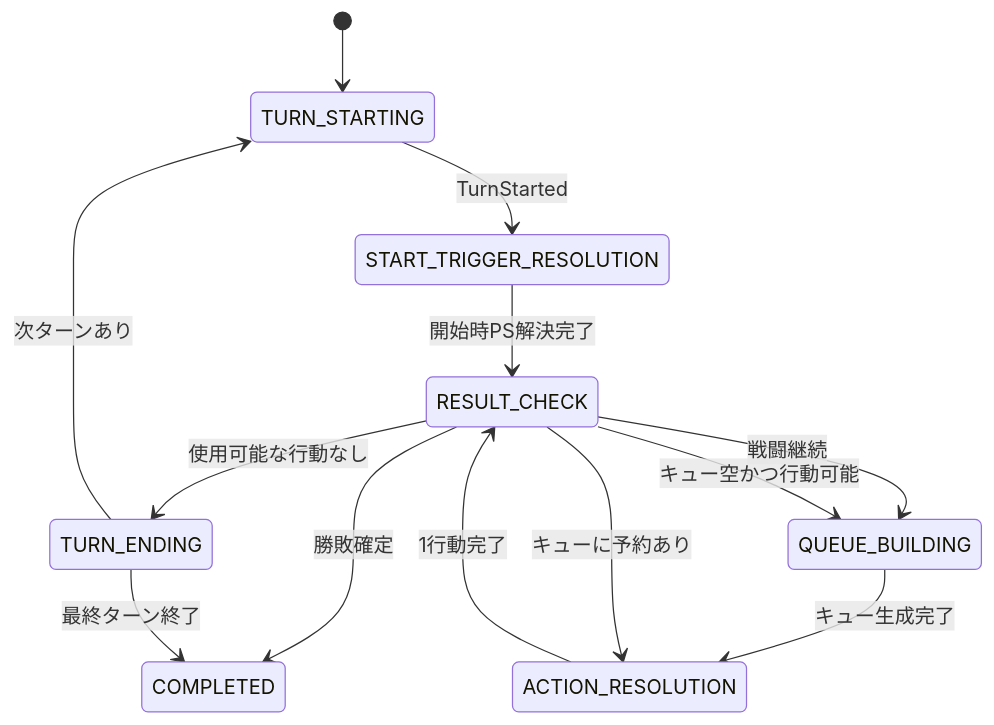
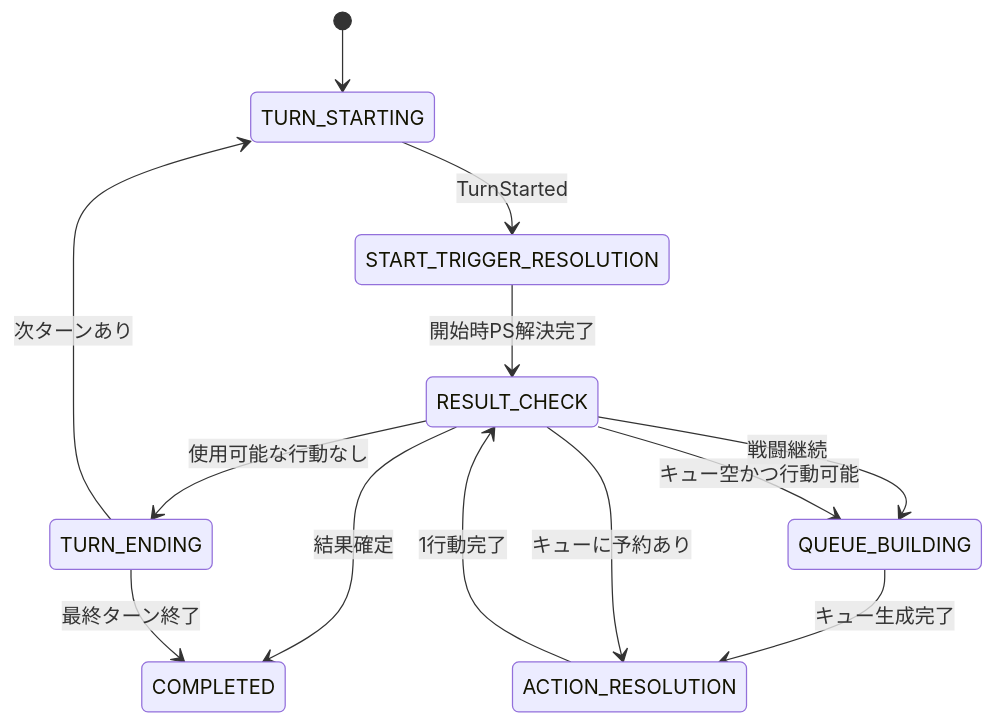
Before and after one commit to komei0727/muvluvgg_battle_simulator: the second of 10 diagrams in docs/ddd/06_戦闘状態遷移.md, drawn with Mermaid. The commit also changed other lines of this file and 1 other file, not shown here.

````diff
--- a/docs/ddd/06_戦闘状態遷移.md
+++ b/docs/ddd/06_戦闘状態遷移.md
@@ -45,15 +45,15 @@
 ```mermaid
 stateDiagram-v2
     [*] --> TURN_STARTING
     TURN_STARTING --> START_TRIGGER_RESOLUTION: TurnStarted
     START_TRIGGER_RESOLUTION --> RESULT_CHECK: 開始時PS解決完了
-    RESULT_CHECK --> COMPLETED: 勝敗確定
+    RESULT_CHECK --> COMPLETED: 結果確定
     RESULT_CHECK --> QUEUE_BUILDING: 戦闘継続
     QUEUE_BUILDING --> ACTION_RESOLUTION: キュー生成完了
     ACTION_RESOLUTION --> RESULT_CHECK: 1行動完了
     RESULT_CHECK --> ACTION_RESOLUTION: キューに予約あり
     RESULT_CHECK --> QUEUE_BUILDING: キュー空かつ行動可能
     RESULT_CHECK --> TURN_ENDING: 使用可能な行動なし
     TURN_ENDING --> COMPLETED: 最終ターン終了
     TURN_ENDING --> TURN_STARTING: 次ターンあり
 ```
````
